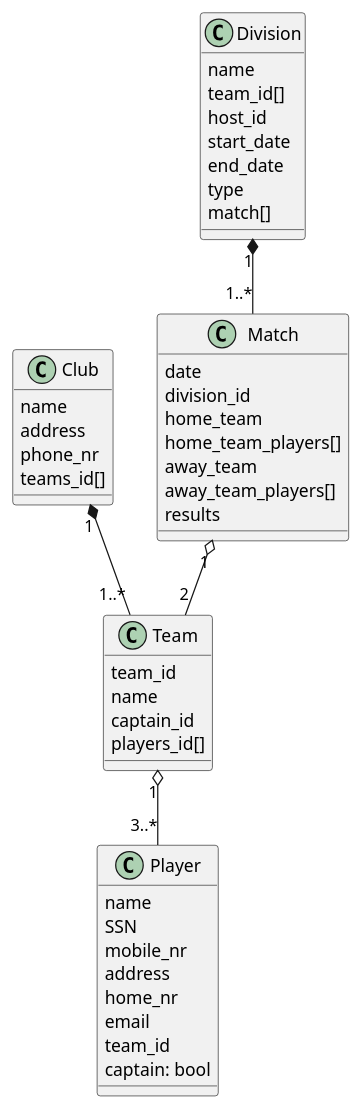
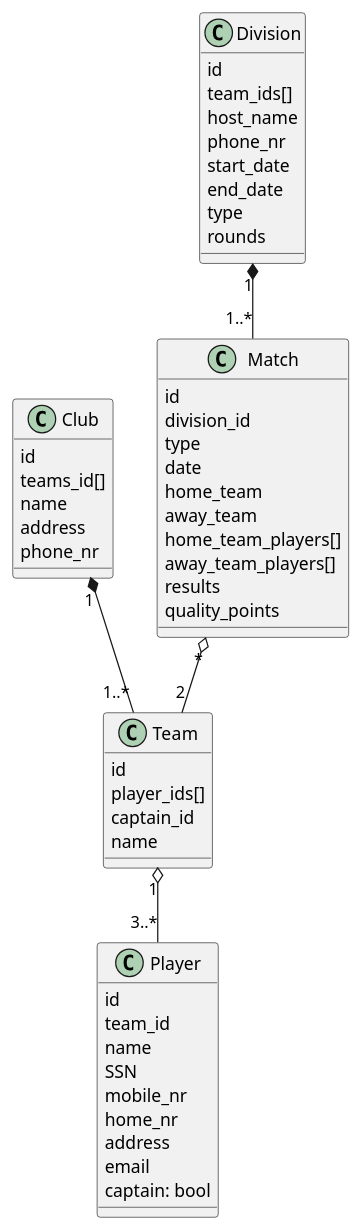
Before and after one commit to StankWizardLizard/VNL1-2022-HOPUR-28: the diagram in Honnun/ClassDiagram/model_classes.puml, drawn with PlantUML. The commit also changed 5 other files, not shown here.

```diff
--- a/Honnun/ClassDiagram/model_classes.puml
+++ b/Honnun/ClassDiagram/model_classes.puml
@@ -1,51 +1,57 @@
 @startuml lol
 
 
 Team "1" o-- "3..*" Player
 Club "1" *-- "1..*" Team 
-Match "1" o-- "2" Team 
+Match "*" o-- "2" Team 
 Division "1" *-- "1..*" Match  
 
 
 class Player {
+    id
+    team_id
     name
     SSN
     mobile_nr
+    home_nr
     address
-    home_nr
     email
-    team_id
     captain: bool
 }
 class Club {
+    id
+    teams_id[]
     name
     address
     phone_nr
-    teams_id[]
 }
 class Team {
-    team_id
+    id
+    player_ids[]
+    captain_id
     name
-    captain_id
-    players_id[]
 }
 class Division {
-    name
-    team_id[]
-    host_id
+    id
+    team_ids[]
+    host_name
+    phone_nr
     start_date
     end_date
     type
-    match[]
+    rounds
 }
 class Match {
+    id
+    division_id
+    type
     date
-    division_id
     home_team
+    away_team
     home_team_players[]
-    away_team
     away_team_players[]
     results
+    quality_points
 }
 
 @enduml
```
